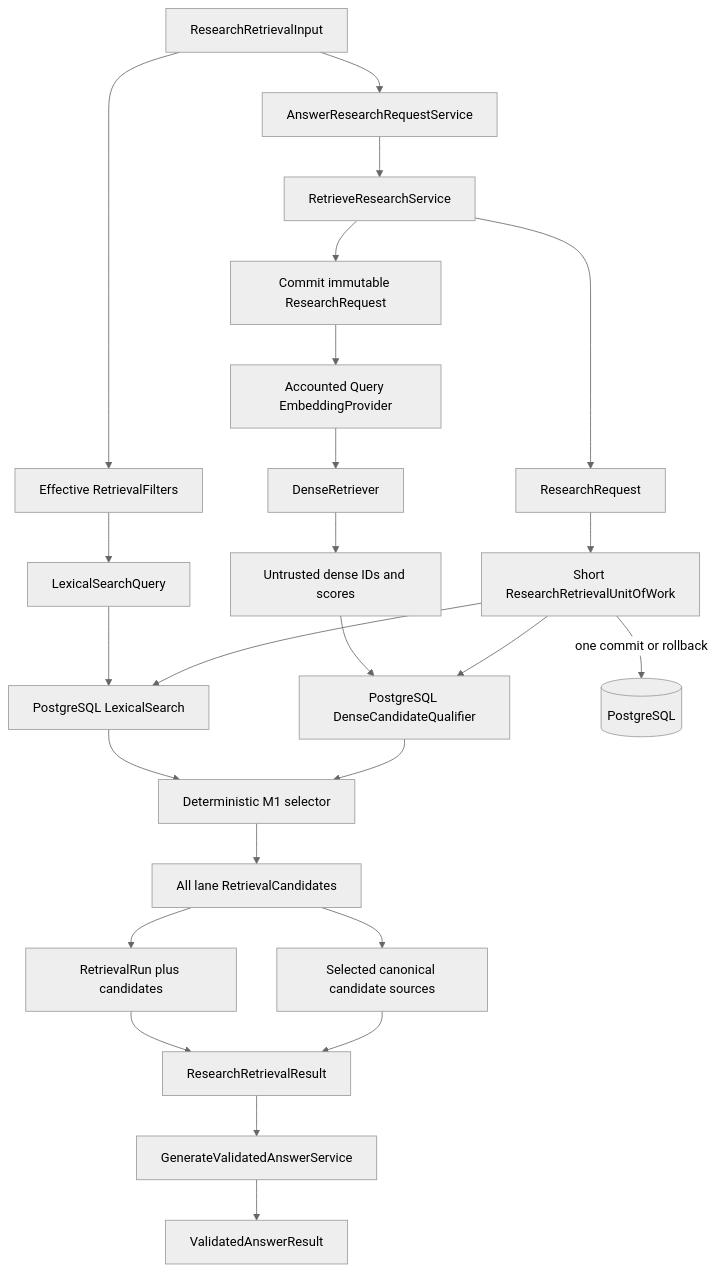
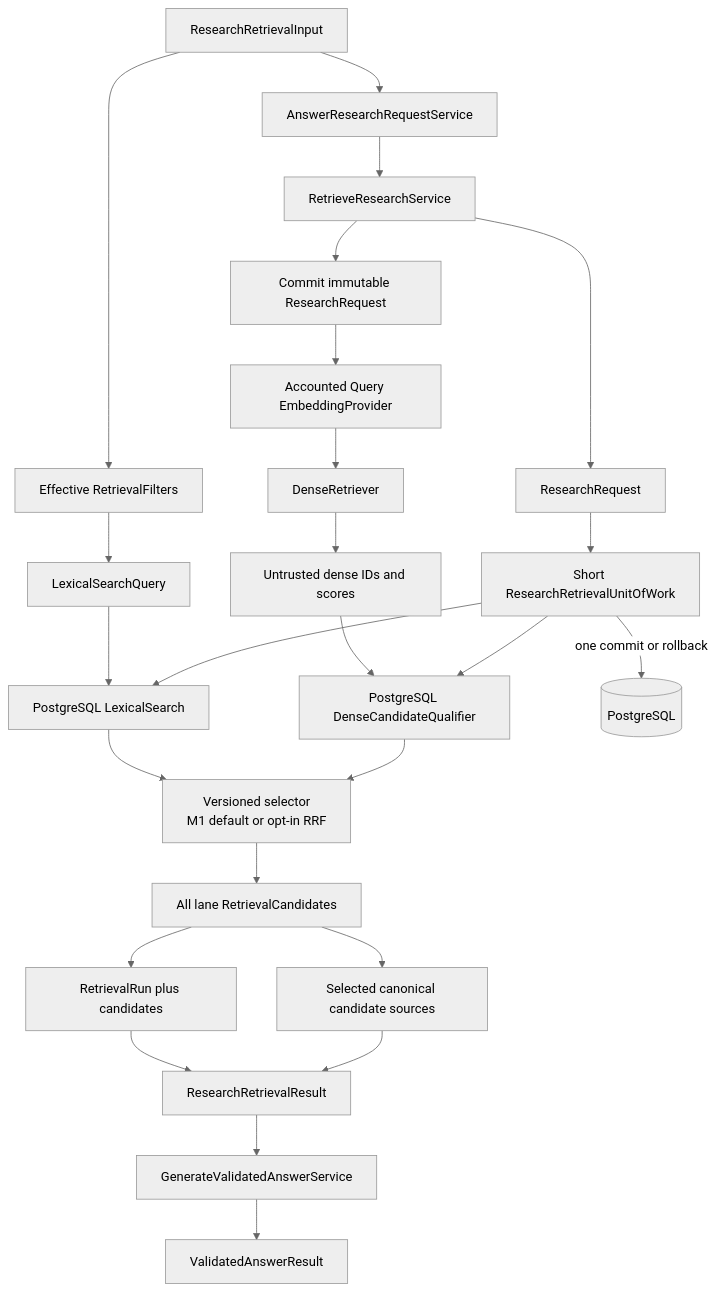
One commit to rnkraus/investment-research changed the second of 5 diagrams in backend/src/investment_research/modules/research/README.md. Above: the diagram before and after it, drawn with Mermaid (neutral theme). The commit also changed other lines of this file and 2 other files, not shown here.

First line of the commit message:
docs(rag): document RRF integration and verification

````diff
--- a/backend/src/investment_research/modules/research/README.md
+++ b/backend/src/investment_research/modules/research/README.md
@@ -48,27 +48,27 @@
 ```mermaid
 flowchart TD
     INPUT[ResearchRetrievalInput] --> USECASE[AnswerResearchRequestService]
     USECASE --> RETRIEVE[RetrieveResearchService]
     RETRIEVE --> REQUEST[ResearchRequest]
     INPUT --> FILTERS[Effective RetrievalFilters]
     FILTERS --> QUERY[LexicalSearchQuery]
     RETRIEVE --> REQUESTTX[Commit immutable ResearchRequest]
     REQUESTTX --> EMBED[Accounted Query EmbeddingProvider]
     EMBED --> DENSE[DenseRetriever]
     DENSE --> PROVIDERHITS[Untrusted dense IDs and scores]
     REQUEST --> UOW[Short ResearchRetrievalUnitOfWork]
     QUERY --> LEXICAL[PostgreSQL LexicalSearch]
     UOW --> LEXICAL
     PROVIDERHITS --> QUALIFY[PostgreSQL DenseCandidateQualifier]
     UOW --> QUALIFY
-    LEXICAL --> SELECT[Deterministic M1 selector]
+    LEXICAL --> SELECT[Versioned selector<br/>M1 default or opt-in RRF]
     QUALIFY --> SELECT
     SELECT --> CANDIDATES[All lane RetrievalCandidates]
     CANDIDATES --> RUN[RetrievalRun plus candidates]
     CANDIDATES --> SOURCES[Selected canonical candidate sources]
     UOW -->|one commit or rollback| PG[(PostgreSQL)]
     RUN --> RESULT[ResearchRetrievalResult]
     SOURCES --> RESULT
     RESULT --> GENERATE[GenerateValidatedAnswerService]
     GENERATE --> OUTPUT[ValidatedAnswerResult]
 ```
````
